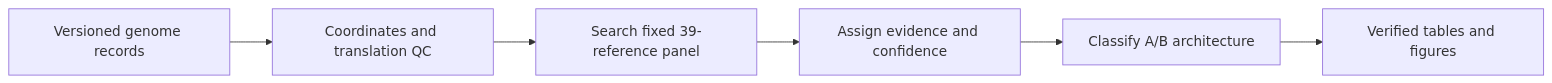
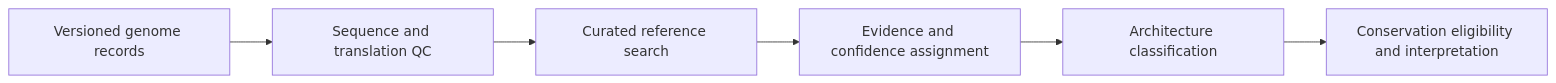
Before and after one commit to Qasim-Hussain-Code/actinophage-lysis-evolution: the diagram in README.md, drawn with Mermaid. The commit also changed other lines of this file, not shown here.

````diff
--- a/README.md
+++ b/README.md
@@ -29,8 +15,8 @@
 ```mermaid
 flowchart LR
-    A[Versioned genome records] --> B[Coordinates and translation QC]
-    B --> C[Search fixed 39-reference panel]
-    C --> D[Assign evidence and confidence]
-    D --> E[Classify A/B architecture]
-    E --> F[Verified tables and figures]
+    A[Versioned genome records] --> B[Sequence and translation QC]
+    B --> C[Curated reference search]
+    C --> D[Evidence and confidence assignment]
+    D --> E[Architecture classification]
+    E --> F[Conservation eligibility and interpretation]
 ```
````
